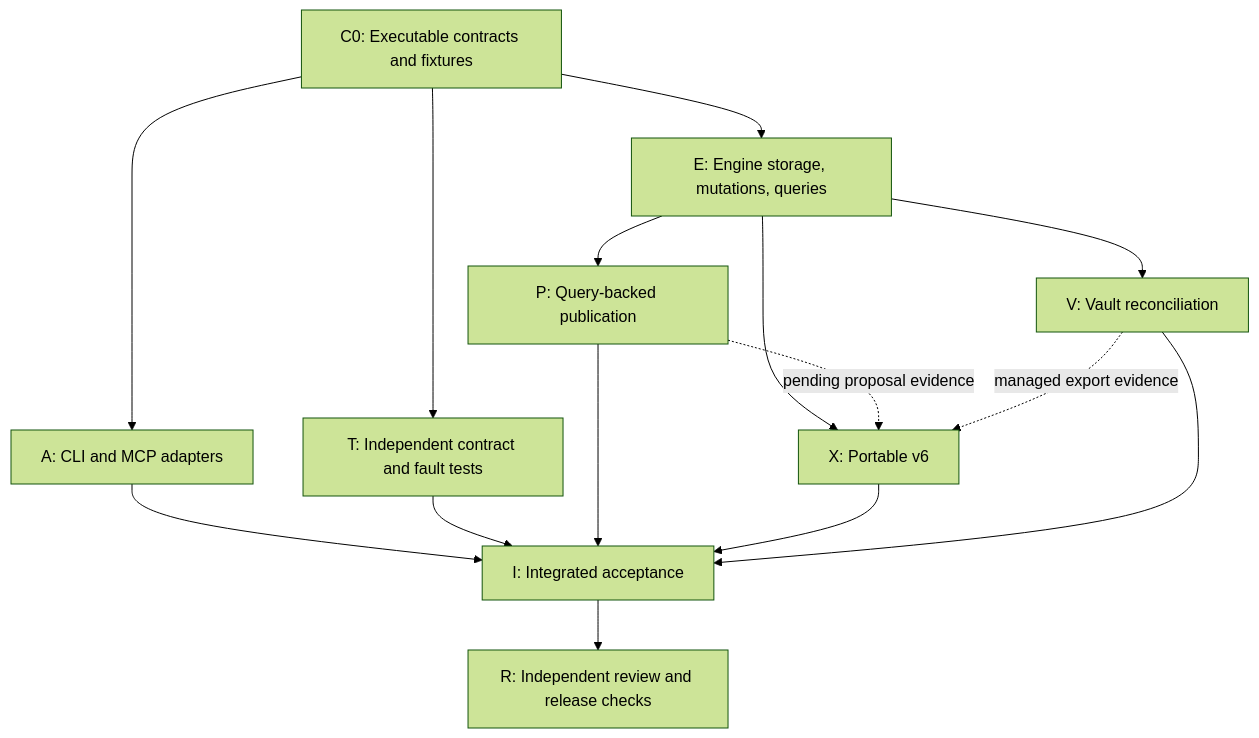
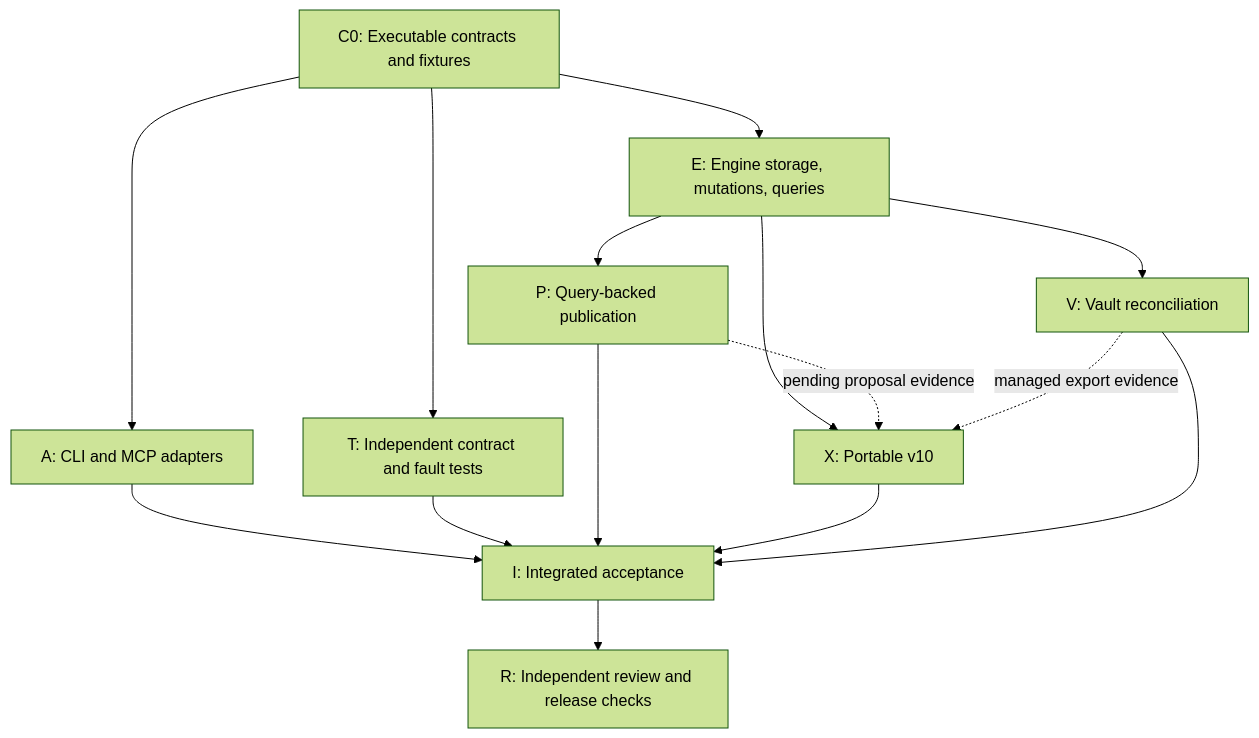
One commit to cbolden15/open-brain changed the diagram in docs/design/owner-defined-facets-stage-one.md. Above: the diagram before and after it, drawn with Mermaid (forest theme). The commit also changed other lines of this file and 26 other files, not shown here.

````diff
--- a/docs/design/owner-defined-facets-stage-one.md
+++ b/docs/design/owner-defined-facets-stage-one.md
@@ -665,18 +665,18 @@
 ```mermaid
 flowchart TD
     C0["C0: Executable contracts and fixtures"]
     C0 --> E["E: Engine storage, mutations, queries"]
     C0 --> A["A: CLI and MCP adapters"]
     C0 --> T["T: Independent contract and fault tests"]
     E --> P["P: Query-backed publication"]
-    E --> X["X: Portable v6"]
+    E --> X["X: Portable v10"]
     E --> V["V: Vault reconciliation"]
     P -.->|"pending proposal evidence"| X
     V -.->|"managed export evidence"| X
     A --> I["I: Integrated acceptance"]
     T --> I
     P --> I
     X --> I
     V --> I
     I --> R["R: Independent review and release checks"]
 ```
````
